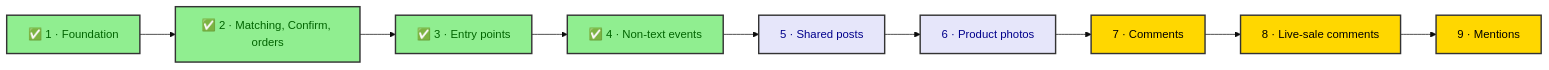
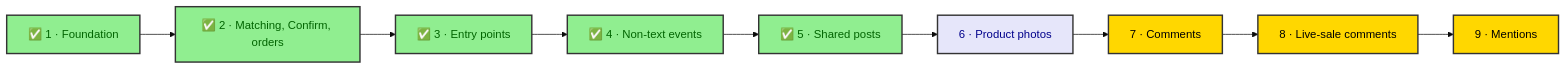
One commit to nabil404/project-alpha changed the diagram in docs/features/11-ai-implementation/progress.md. Above: the diagram before and after it, drawn with Mermaid (base theme). The commit also changed other lines of this file and 60 other files, not shown here.

````diff
--- a/docs/features/11-ai-implementation/progress.md
+++ b/docs/features/11-ai-implementation/progress.md
@@ -26,15 +26,15 @@
 ```mermaid
 flowchart LR
     p1["✅ 1 · Foundation"]:::built --> p2["✅ 2 · Matching, Confirm, orders"]:::built
     p2 --> p3["✅ 3 · Entry points"]:::built
     p3 --> p4["✅ 4 · Non-text events"]:::built
-    p4 --> p5["5 · Shared posts"]:::todo
+    p4 --> p5["✅ 5 · Shared posts"]:::built
     p5 --> p6["6 · Product photos"]:::todo
     p6 --> p7["7 · Comments"]:::cut
     p7 --> p8["8 · Live-sale comments"]:::cut
     p8 --> p9["9 · Mentions"]:::cut
 
     classDef built fill:#90EE90,stroke:#333,stroke-width:2px,color:#006400
     classDef todo  fill:#E6E6FA,stroke:#333,stroke-width:2px,color:#00008B
     classDef cut   fill:#FFD700,stroke:#333,stroke-width:2px,color:#000
 ```
````
